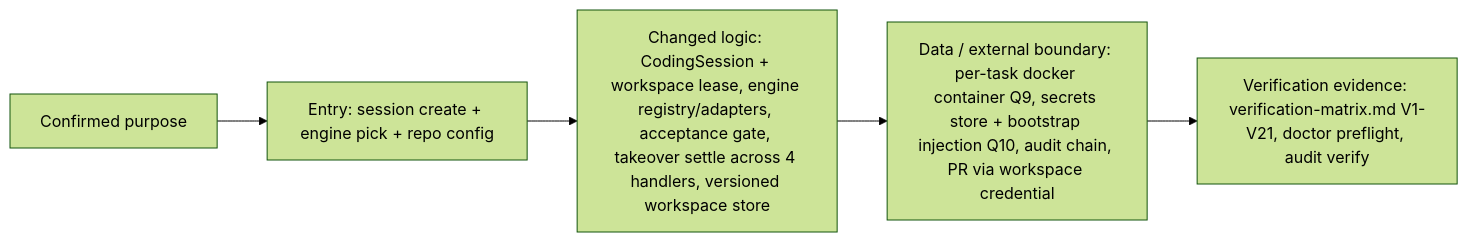
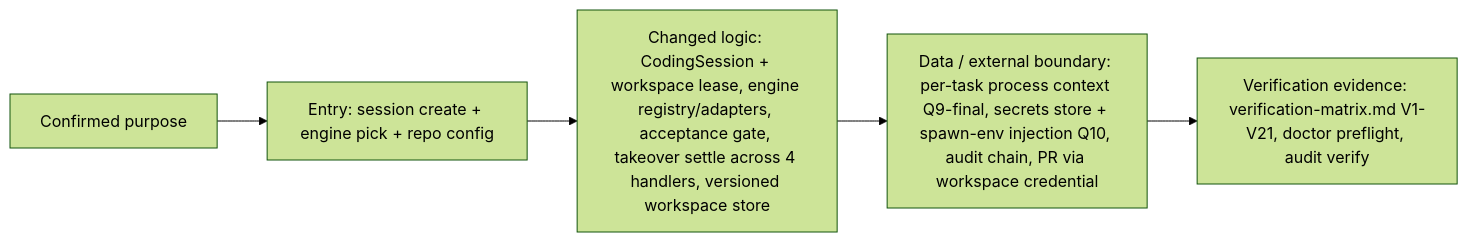
The diagram in .super-speckit/atlas/changes/004-code-mode/change-story.md (tokenine/rakazo), drawn with Mermaid (forest theme) before and after one commit. The commit also changed other lines of this file and 3 other files, not shown here.

Commit message:
004-code-mode: plan/tasks/matrix r2 - process-level runtime (new sandbox provider), spawn-env secret injection, V3/V12 host-action blockers removed (team-box evidence runs directly), threat-model verbatim in accepted boundaries; change story updated

````diff
--- a/.super-speckit/atlas/changes/004-code-mode/change-story.md
+++ b/.super-speckit/atlas/changes/004-code-mode/change-story.md
@@ -11,7 +11,7 @@
 ```mermaid
 flowchart LR
   Request[Confirmed purpose] --> Entry[Entry: session create + engine pick + repo config]
   Entry --> Logic[Changed logic: CodingSession + workspace lease, engine registry/adapters, acceptance gate, takeover settle across 4 handlers, versioned workspace store]
-  Logic --> Data[Data / external boundary: per-task docker container Q9, secrets store + bootstrap injection Q10, audit chain, PR via workspace credential]
+  Logic --> Data[Data / external boundary: per-task process context Q9-final, secrets store + spawn-env injection Q10, audit chain, PR via workspace credential]
   Data --> Proof[Verification evidence: verification-matrix.md V1-V21, doctor preflight, audit verify]
 ```
````
